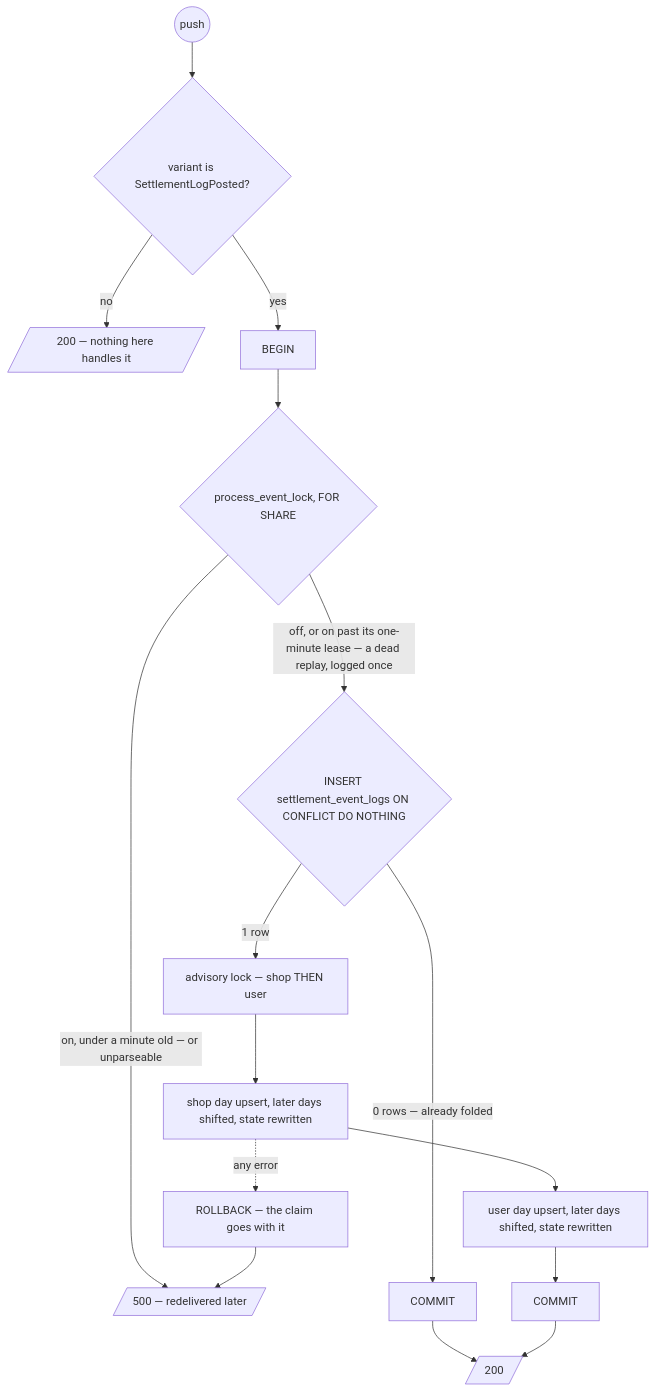
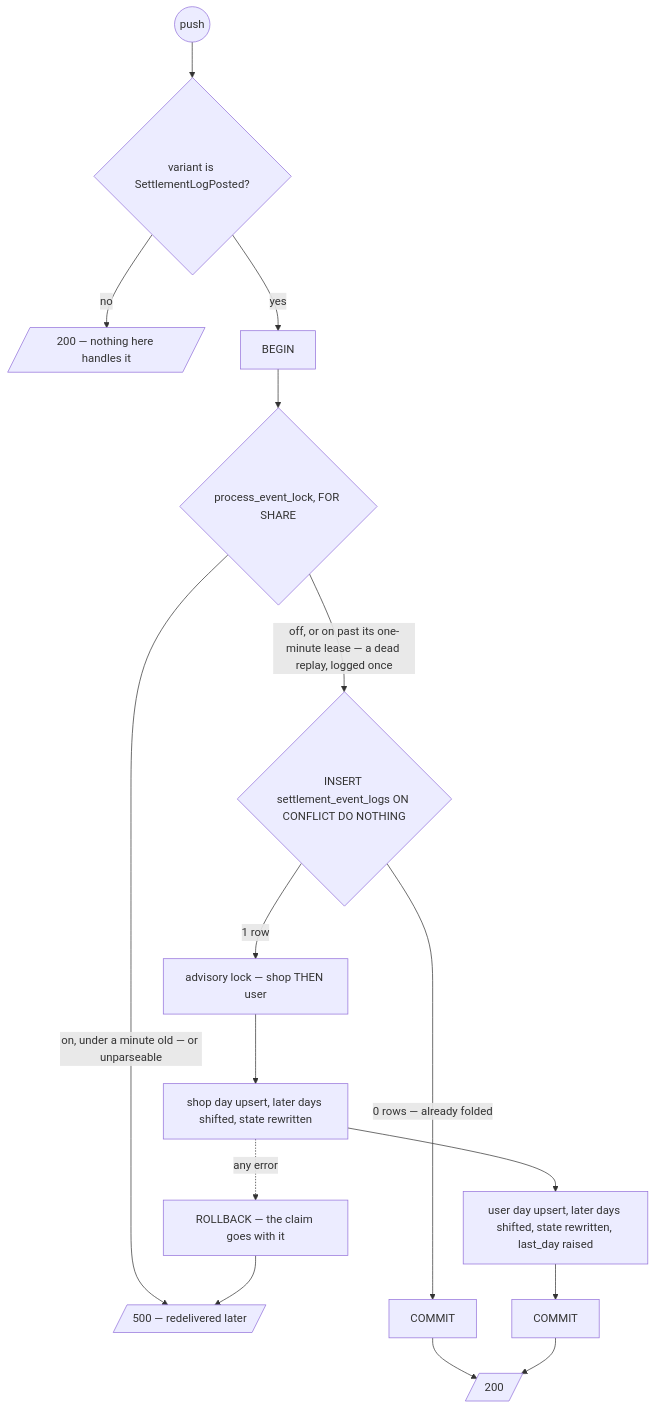
Before and after one commit to pdcgo/warehouse_revamp: the fifth of 7 diagrams in docs/services/settlement_service/rpc.md, drawn with Mermaid. The commit also changed other lines of this file and 348 other files, not shown here.

````diff
--- a/docs/services/settlement_service/rpc.md
+++ b/docs/services/settlement_service/rpc.md
@@ -199,15 +199,15 @@
 ```mermaid
 flowchart TD
   s(("push")) --> v{"variant is SettlementLogPosted?"}
   v -->|"no"| ack[/"200 — nothing here handles it"/]
   v -->|"yes"| tx["BEGIN"]
   tx --> lock{"process_event_lock, FOR SHARE"}
   lock -->|"on, under a minute old — or unparseable"| e5[/"500 — redelivered later"/]
   lock -->|"off, or on past its one-minute lease — a dead replay, logged once"| claim{"INSERT settlement_event_logs ON CONFLICT DO NOTHING"}
   claim -->|"0 rows — already folded"| c1["COMMIT"] --> ok[/"200"/]
   claim -->|"1 row"| adv["advisory lock — shop THEN user"]
   adv --> sd["shop day upsert, later days shifted, state rewritten"]
-  sd --> ud["user day upsert, later days shifted, state rewritten"]
+  sd --> ud["user day upsert, later days shifted, state rewritten, last_day raised"]
   ud --> c2["COMMIT"] --> ok
   sd -.->|"any error"| rb["ROLLBACK — the claim goes with it"] --> e5
 ```
````
